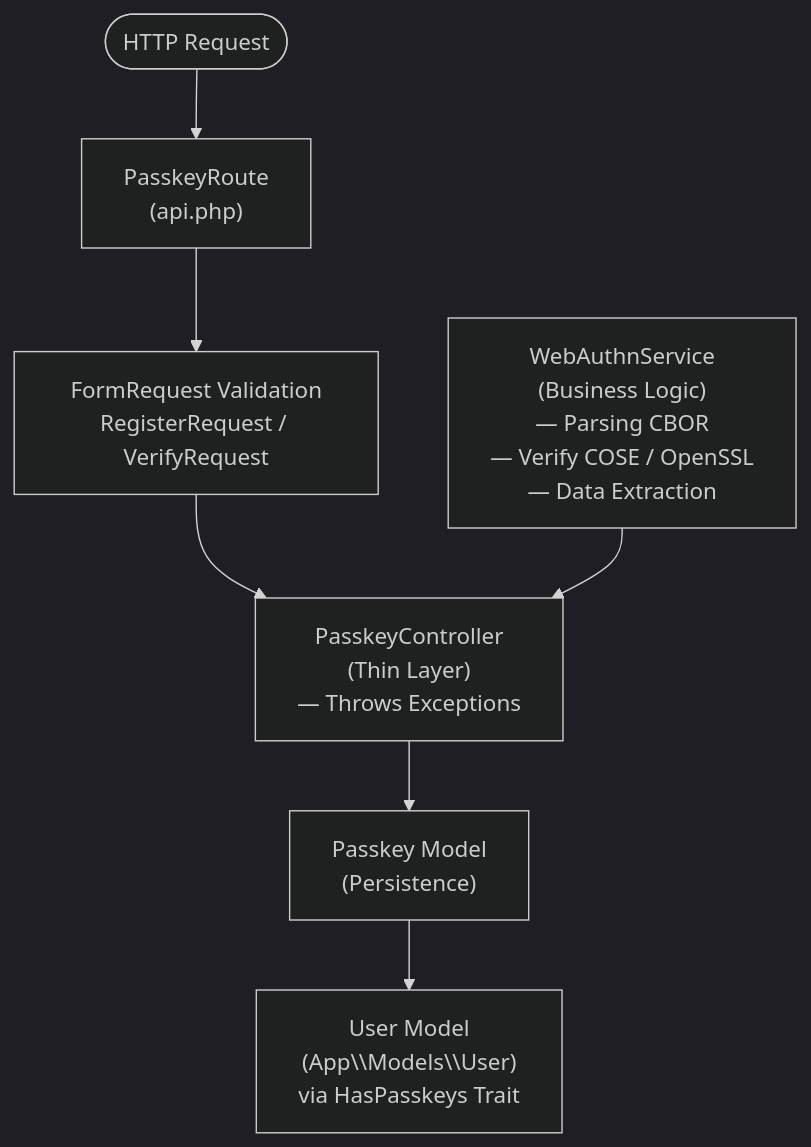
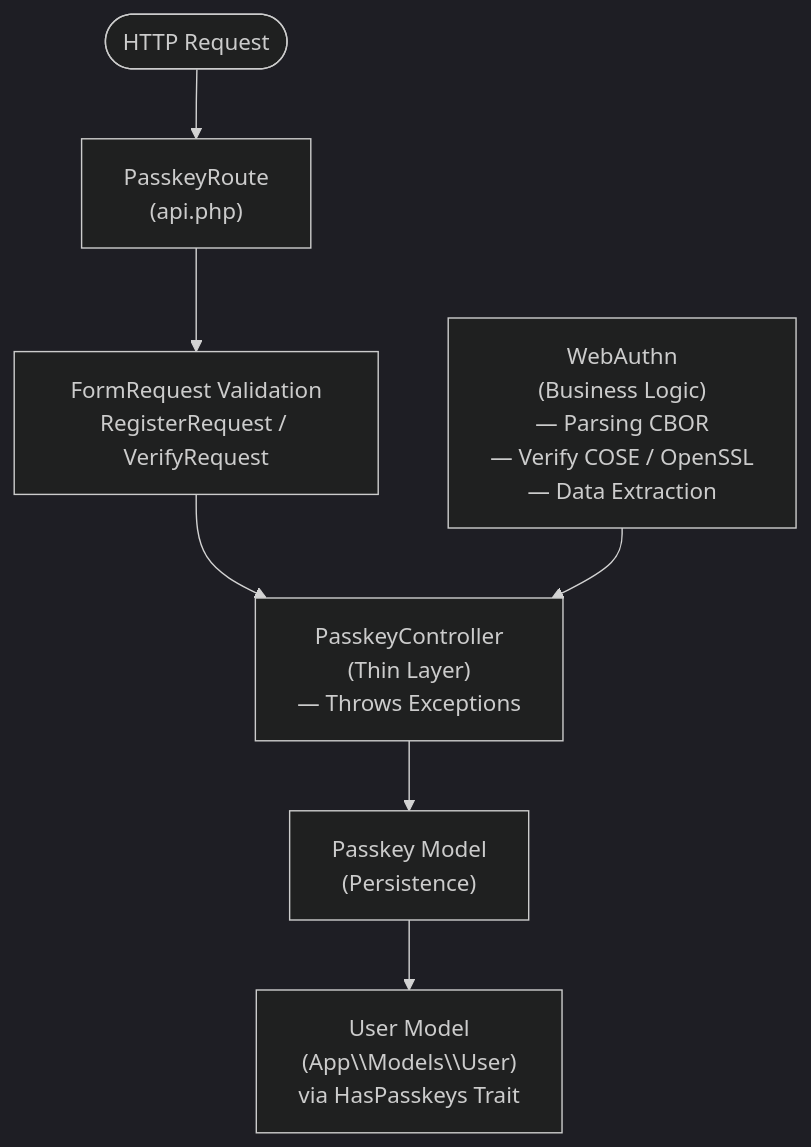
Before and after one commit to xefi/laravel-passkey-api: the first of 2 diagrams in README.md, drawn with Mermaid (dark theme). The commit also changed other lines of this file and 4 other files, not shown here.

````diff
--- a/README.md
+++ b/README.md
@@ -271,23 +274,23 @@
 ```mermaid
 flowchart TD
     HTTP([HTTP Request])
 
     HTTP --> Route
 
     Route["PasskeyRoute\n(api.php)"]
     Route --> Validation
 
     Validation["FormRequest Validation\nRegisterRequest / VerifyRequest"]
     Validation --> Controller
 
     Controller["PasskeyController\n(Thin Layer)\n— Throws Exceptions"]
-    Service["WebAuthnService\n(Business Logic)\n— Parsing CBOR\n— Verify COSE / OpenSSL\n— Data Extraction"]
+    Service["WebAuthn\n(Business Logic)\n— Parsing CBOR\n— Verify COSE / OpenSSL\n— Data Extraction"]
 
     Service --> Controller
     Controller --> Model
 
     Model["Passkey Model\n(Persistence)"]
     Model --> User
 
     User["User Model\n(App\\Models\\User)\nvia HasPasskeys Trait"]
 ```
````
